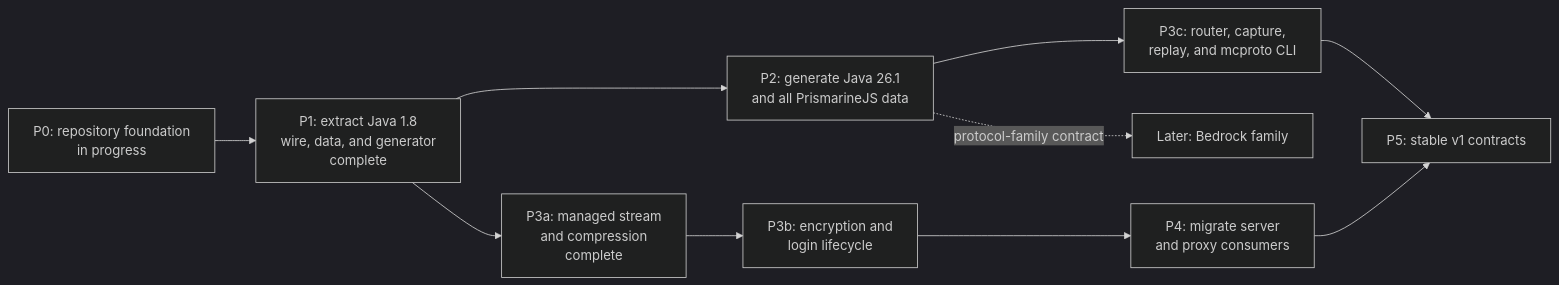
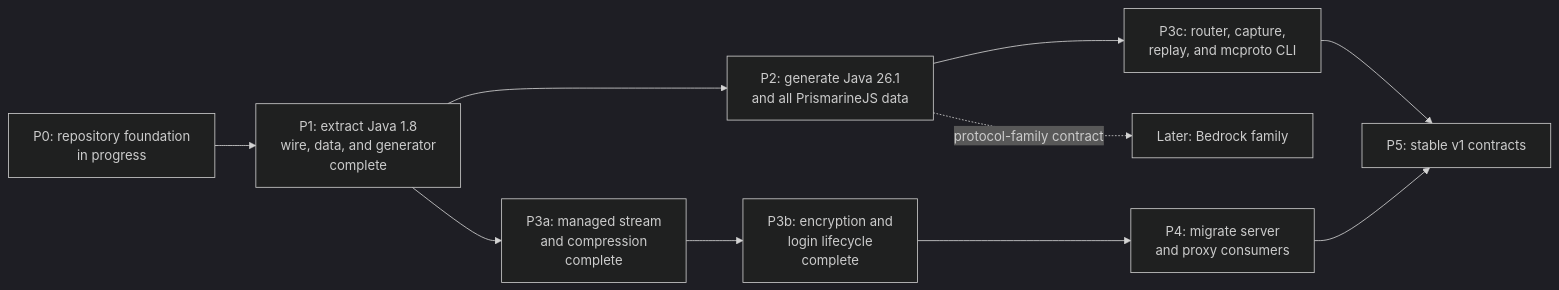
The diagram in ROADMAP.md (go-theft-craft/minecraft-protocol), drawn with Mermaid (dark theme) before and after one commit. The commit also changed other lines of this file and 6 other files, not shown here.

Commit message:
docs: record encryption and the login lifecycle

````diff
--- a/ROADMAP.md
+++ b/ROADMAP.md
@@ -5,22 +5,22 @@
 ```mermaid
 flowchart LR
     P0["P0: repository foundation<br/>in progress"]
     P1["P1: extract Java 1.8<br/>wire, data, and generator<br/>complete"]
     P2["P2: generate Java 26.1<br/>and all PrismarineJS data"]
     P3a["P3a: managed stream<br/>and compression<br/>complete"]
-    P3b["P3b: encryption and<br/>login lifecycle"]
+    P3b["P3b: encryption and<br/>login lifecycle<br/>complete"]
     P3c["P3c: router, capture,<br/>replay, and mcproto CLI"]
     P4["P4: migrate server<br/>and proxy consumers"]
     P5["P5: stable v1 contracts"]
     PX["Later: Bedrock family"]
 
     P0 --> P1
     P1 --> P2
     P1 --> P3a
     P3a --> P3b
     P3b --> P4
     P2 --> P3c
     P3c --> P5
     P4 --> P5
     P2 -. protocol-family contract .-> PX
 ```
````
